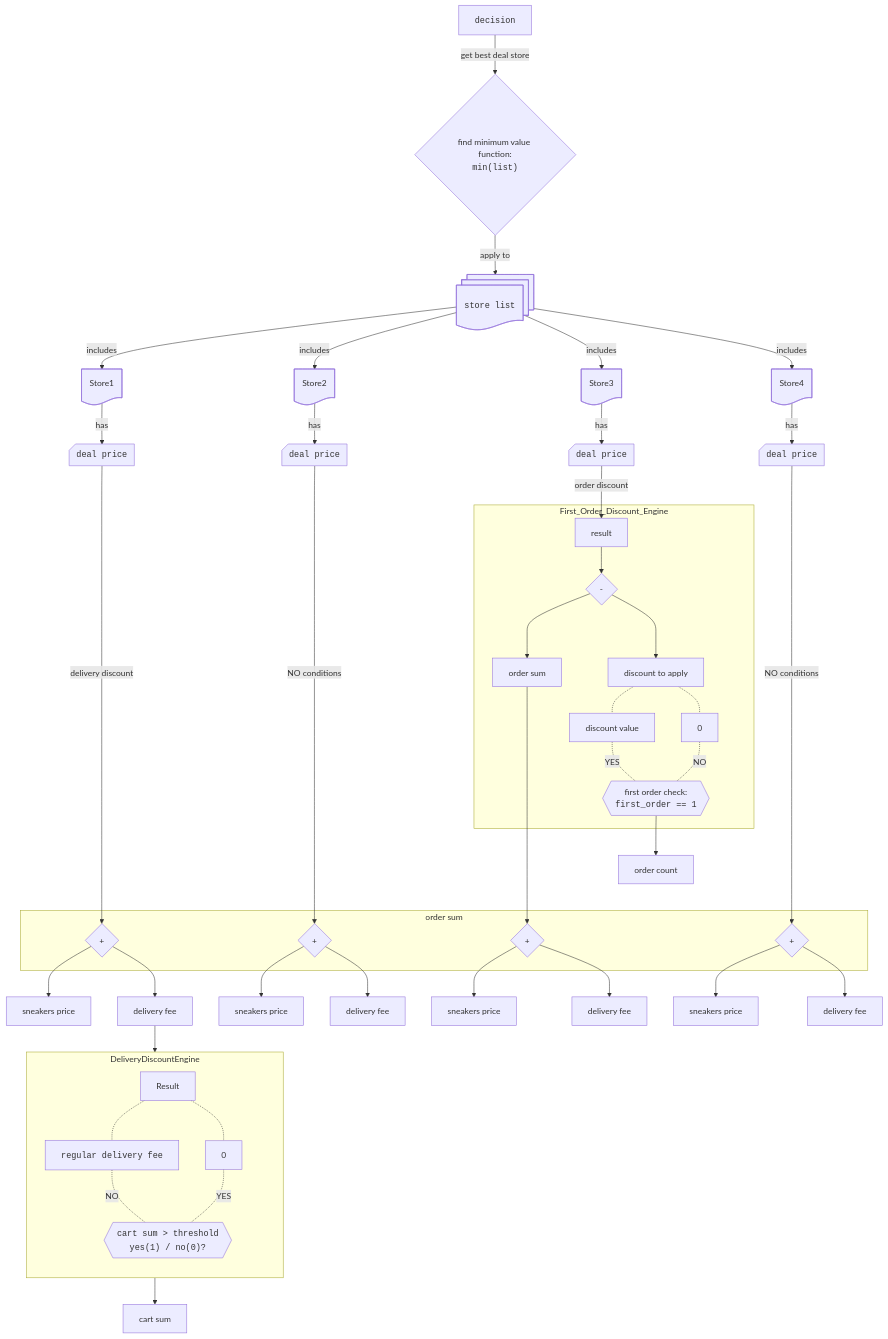
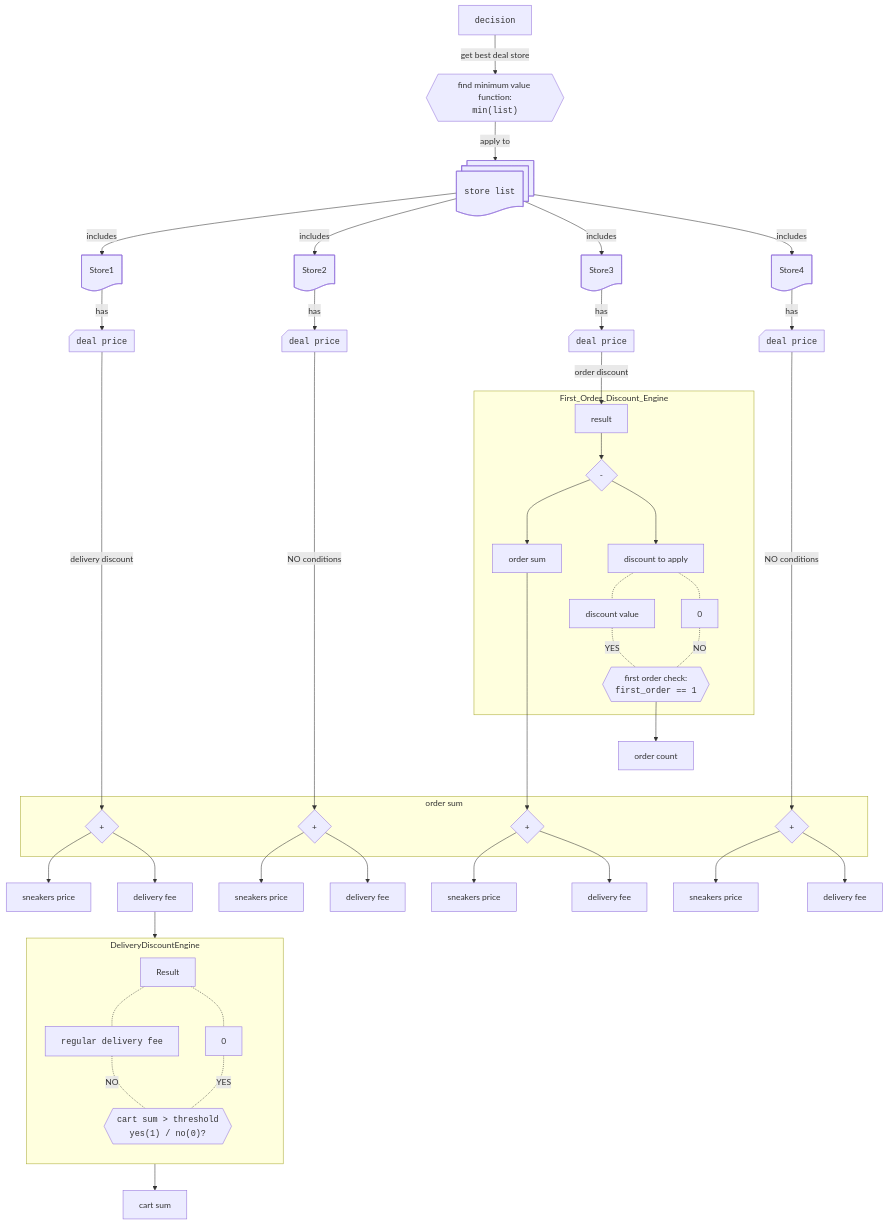
One commit to Walter462/Sneakers changed diagram 16 of 18 in README.md. Above: the diagram before and after it, drawn with Mermaid. The commit also changed other lines of this file, not shown here.

````diff
--- a/README.md
+++ b/README.md
@@ -744,7 +750,7 @@
 graph TB
   decision@{shape: rect, label: "<code>decision</code>"}
   decision -->|get best deal store| minf
-  minf@{shape: diamond, label: "find minimum value function:\n <code>min(list)</code>"}
+  minf@{shape: hex, label: "find minimum value function:\n <code>min(list)</code>"}
   minf -->|apply to| StoreList@{shape: docs, label: "<code>store list</code>"}
   StoreList --> |includes|Store1@{shape: doc}
   StoreList --> |includes|Store2@{shape: doc}
@@ -837,5 +843,4 @@
   store3.sum 
   Store4.deal_price.sum
 end
-
 ``` 
````
